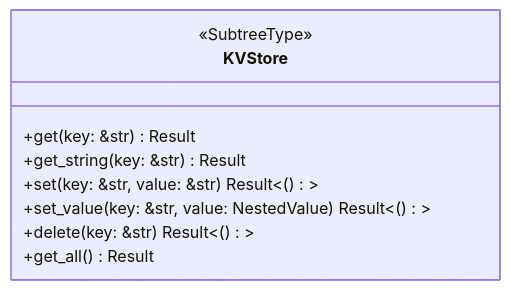
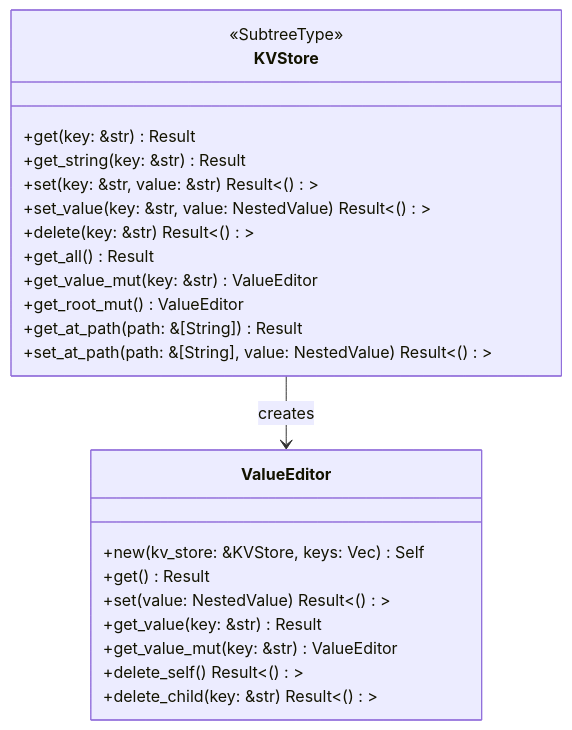
One commit to arcuru/eidetica changed the second of 2 diagrams in docs/src/internal/core_components/subtrees.md. Above: the diagram before and after it, drawn with Mermaid. The commit also changed other lines of this file and 6 other files, not shown here.

Commit message:
feat(kvstore): add ValueEditor for fluent manipulation of nested values

````diff
--- a/docs/src/internal/core_components/subtrees.md
+++ b/docs/src/internal/core_components/subtrees.md
@@ -64,12 +64,28 @@
 ```mermaid
 classDiagram
     class KVStore {
         <<SubtreeType>>
         +get(key: &str) Result<NestedValue>
         +get_string(key: &str) Result<String>
         +set(key: &str, value: &str) Result<()>
         +set_value(key: &str, value: NestedValue) Result<()>
         +delete(key: &str) Result<()>
         +get_all() Result<KVNested>
+        +get_value_mut(key: &str) ValueEditor
+        +get_root_mut() ValueEditor
+        +get_at_path(path: &[String]) Result<NestedValue>
+        +set_at_path(path: &[String], value: NestedValue) Result<()>
     }
+
+    class ValueEditor {
+        +new(kv_store: &KVStore, keys: Vec<String>) Self
+        +get() Result<NestedValue>
+        +set(value: NestedValue) Result<()>
+        +get_value(key: &str) Result<NestedValue>
+        +get_value_mut(key: &str) ValueEditor
+        +delete_self() Result<()>
+        +delete_child(key: &str) Result<()>
+    }
+
+    KVStore --> ValueEditor : creates
 ```
````
